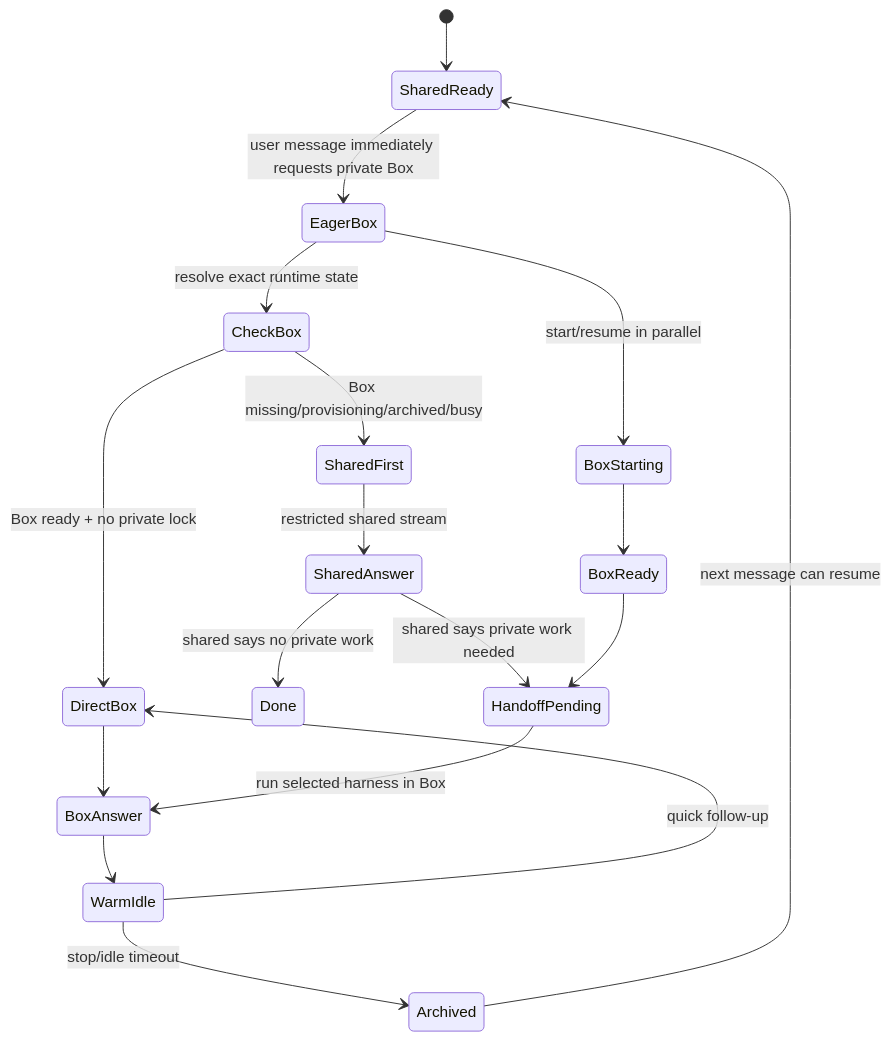
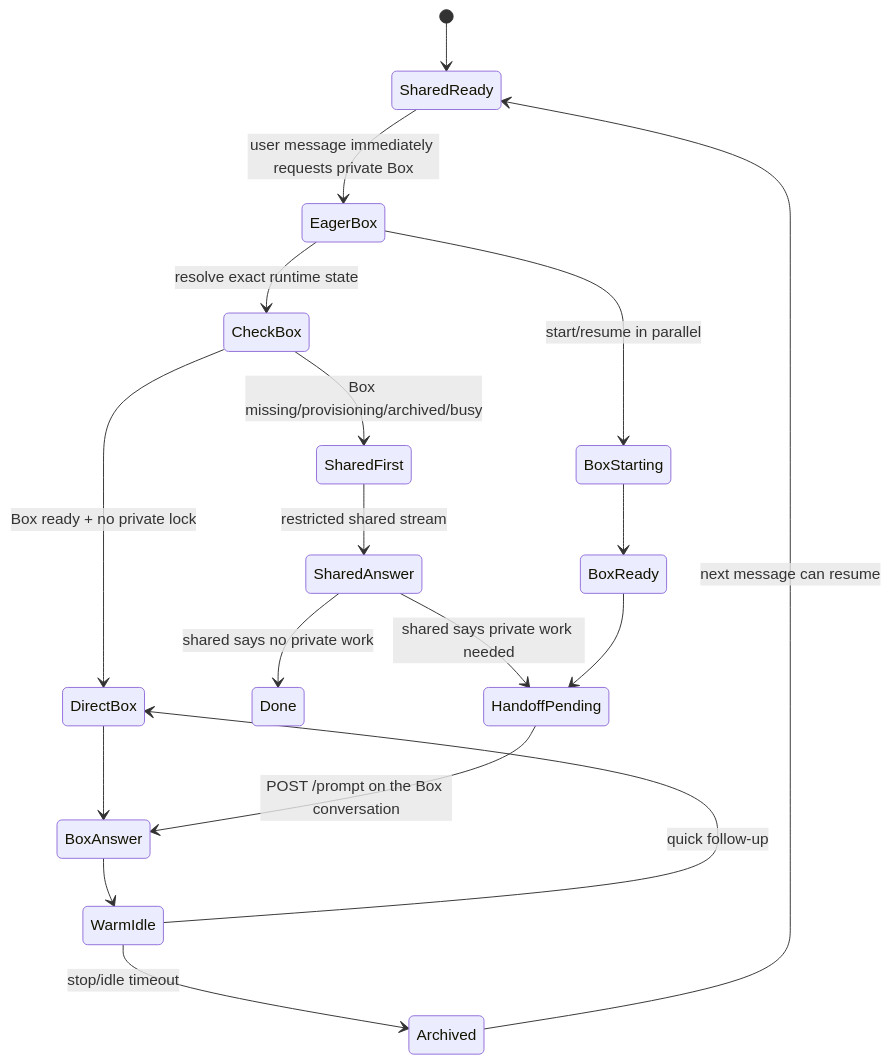
The diagram in README.md (ariana-dot-dev/optibox), drawn with Mermaid before and after one commit. The commit also changed other lines of this file and 29 other files, not shown here.

First line of the commit message:
Rewrite on Box integrated agents: the Box runs the harnesses, remembers the conversation, streams events, scopes interrupts

````diff
--- a/README.md
+++ b/README.md
@@ -131,20 +69,20 @@
 ```mermaid
 stateDiagram-v2
   [*] --> SharedReady
   SharedReady --> EagerBox: user message immediately requests private Box
   EagerBox --> CheckBox: resolve exact runtime state
   CheckBox --> DirectBox: Box ready + no private lock
   CheckBox --> SharedFirst: Box missing/provisioning/archived/busy
   SharedFirst --> SharedAnswer: restricted shared stream
   EagerBox --> BoxStarting: start/resume in parallel
   SharedAnswer --> Done: shared says no private work
   SharedAnswer --> HandoffPending: shared says private work needed
   BoxStarting --> BoxReady
   BoxReady --> HandoffPending
   DirectBox --> BoxAnswer
-  HandoffPending --> BoxAnswer: run selected harness in Box
+  HandoffPending --> BoxAnswer: POST /prompt on the Box conversation
   BoxAnswer --> WarmIdle
   WarmIdle --> Archived: stop/idle timeout
   Archived --> SharedReady: next message can resume
   WarmIdle --> DirectBox: quick follow-up
 ```
````
